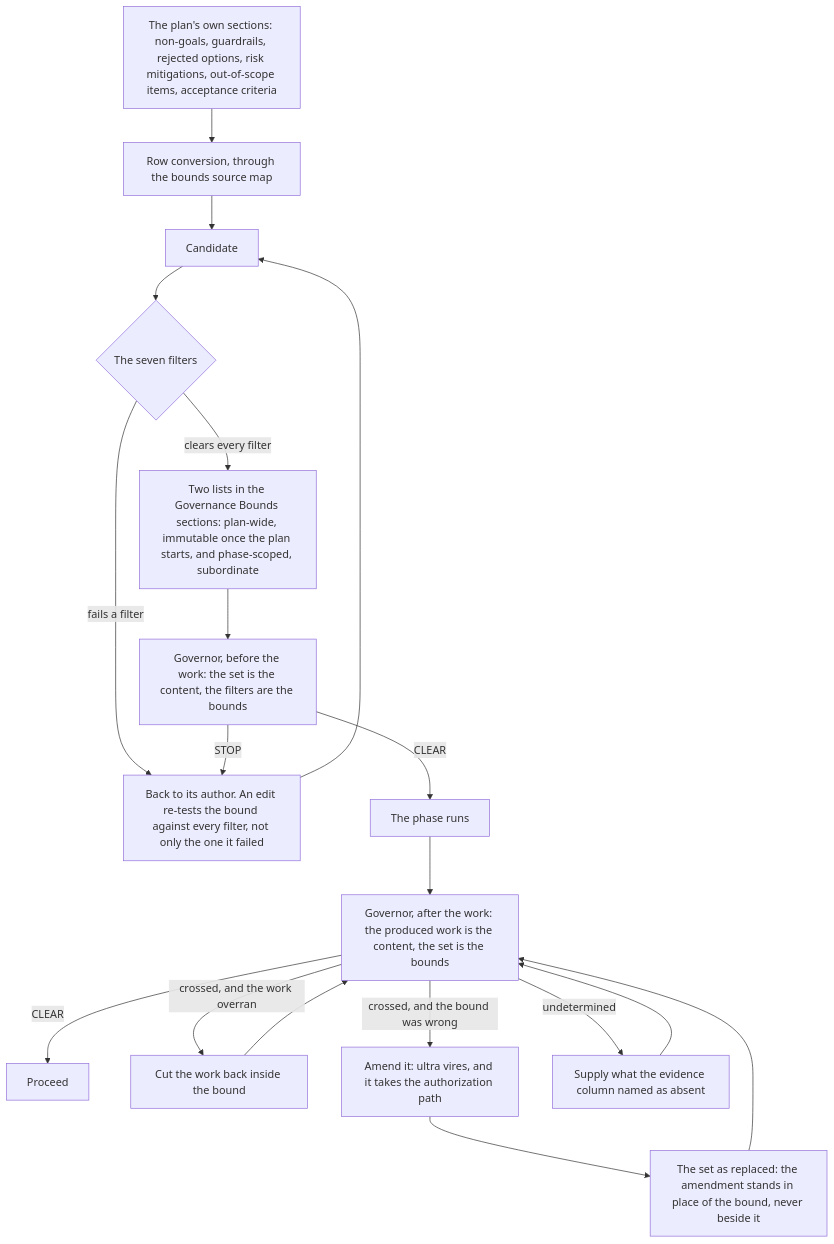
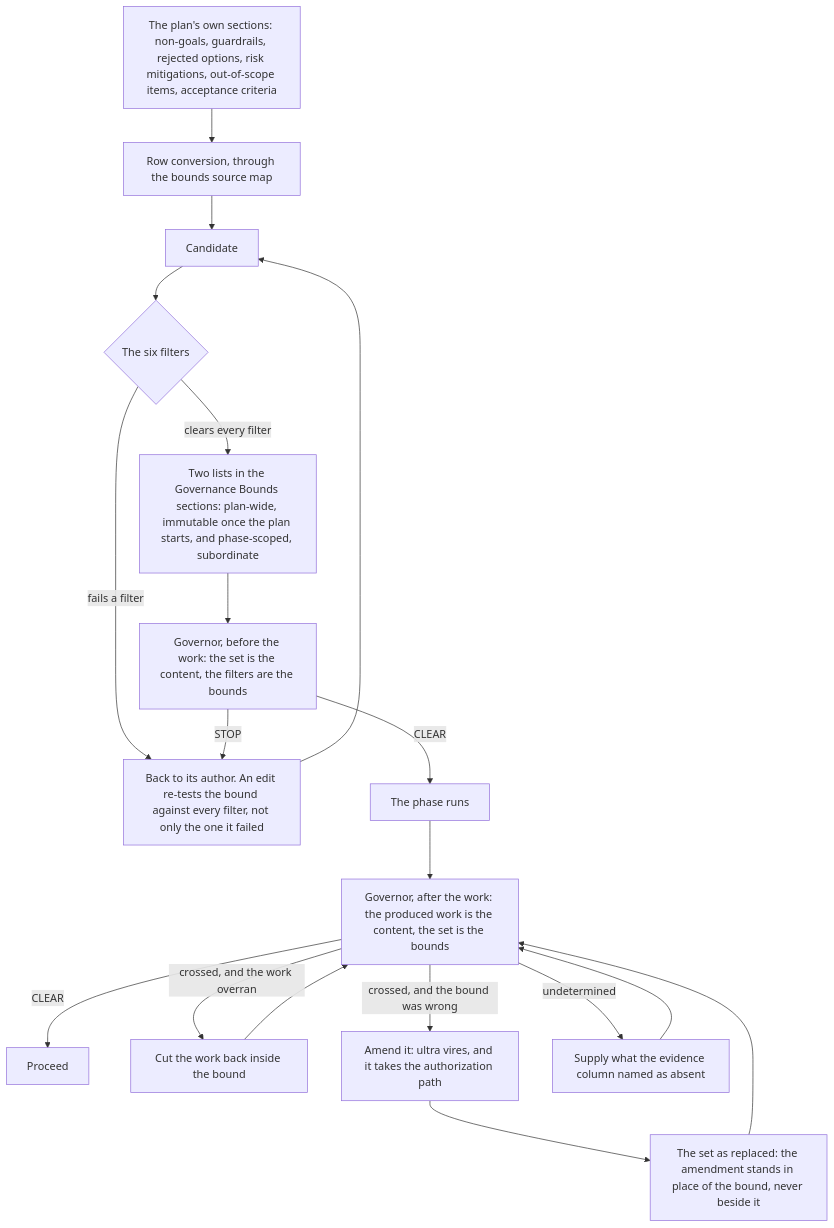
The first of 2 diagrams in docs/governance.md (EricBLivingston/corpus-iuris), drawn with Mermaid before and after one commit. The commit also changed other lines of this file and 43 other files, not shown here.

````diff
--- a/docs/governance.md
+++ b/docs/governance.md
@@ -78,34 +78,34 @@
 ```mermaid
 flowchart TD
   SRC["The plan's own sections: non-goals, guardrails, rejected options, risk mitigations, out-of-scope items, acceptance criteria"]
   CONV["Row conversion, through the bounds source map"]
   CAND["Candidate"]
-  FILT{"The seven filters"}
+  FILT{"The six filters"}
   AUTHOR["Back to its author. An edit re-tests the bound against every filter, not only the one it failed"]
   LISTS["Two lists in the Governance Bounds sections: plan-wide, immutable once the plan starts, and phase-scoped, subordinate"]
   G1["Governor, before the work: the set is the content, the filters are the bounds"]
   WORK["The phase runs"]
   G2["Governor, after the work: the produced work is the content, the set is the bounds"]
   OK["Proceed"]
   CUT["Cut the work back inside the bound"]
   AMEND["Amend it: ultra vires, and it takes the authorization path"]
   REPL["The set as replaced: the amendment stands in place of the bound, never beside it"]
   MISS["Supply what the evidence column named as absent"]
 
   SRC --> CONV --> CAND --> FILT
   FILT -->|"fails a filter"| AUTHOR
   AUTHOR --> CAND
   FILT -->|"clears every filter"| LISTS
   LISTS --> G1
   G1 -->|"STOP"| AUTHOR
   G1 -->|"CLEAR"| WORK
   WORK --> G2
   G2 -->|"CLEAR"| OK
   G2 -->|"crossed, and the work overran"| CUT
   G2 -->|"crossed, and the bound was wrong"| AMEND
   G2 -->|"undetermined"| MISS
   CUT --> G2
   AMEND --> REPL
   REPL --> G2
   MISS --> G2
 ```
````
